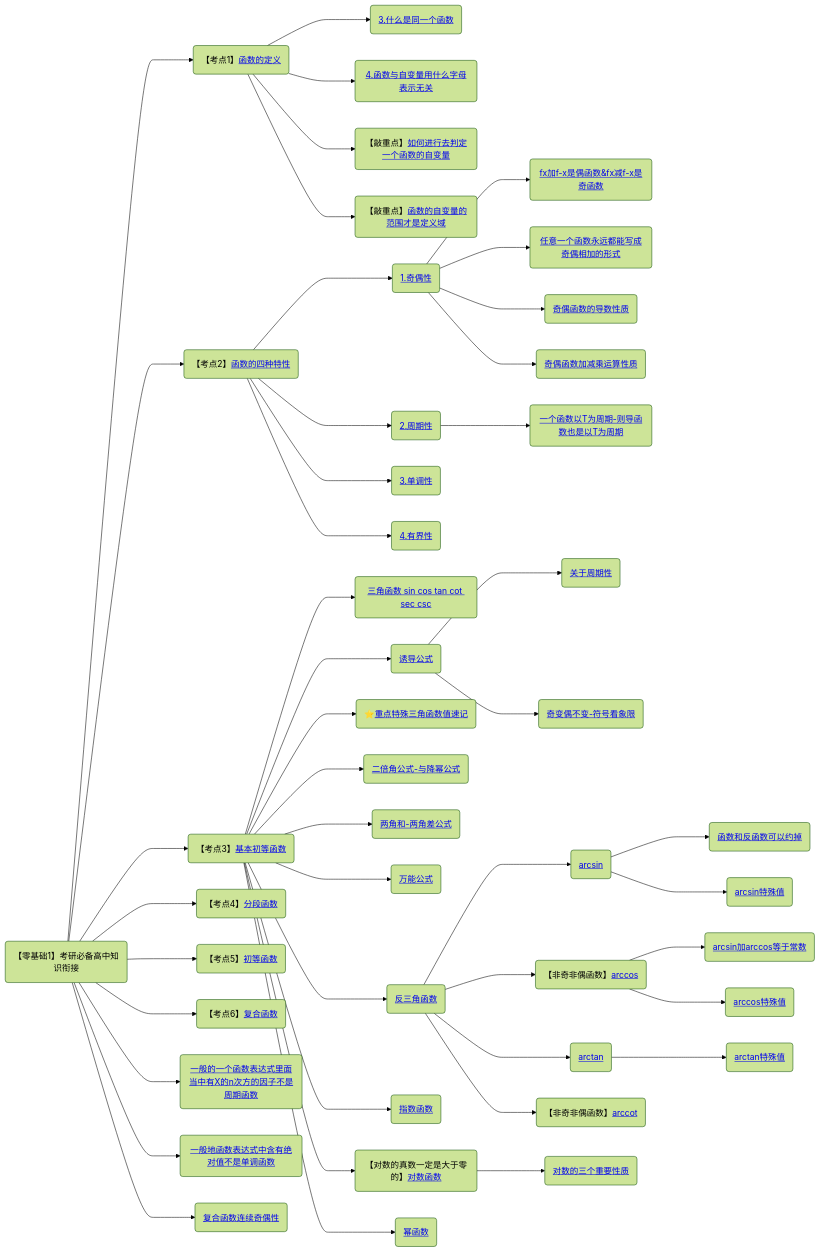
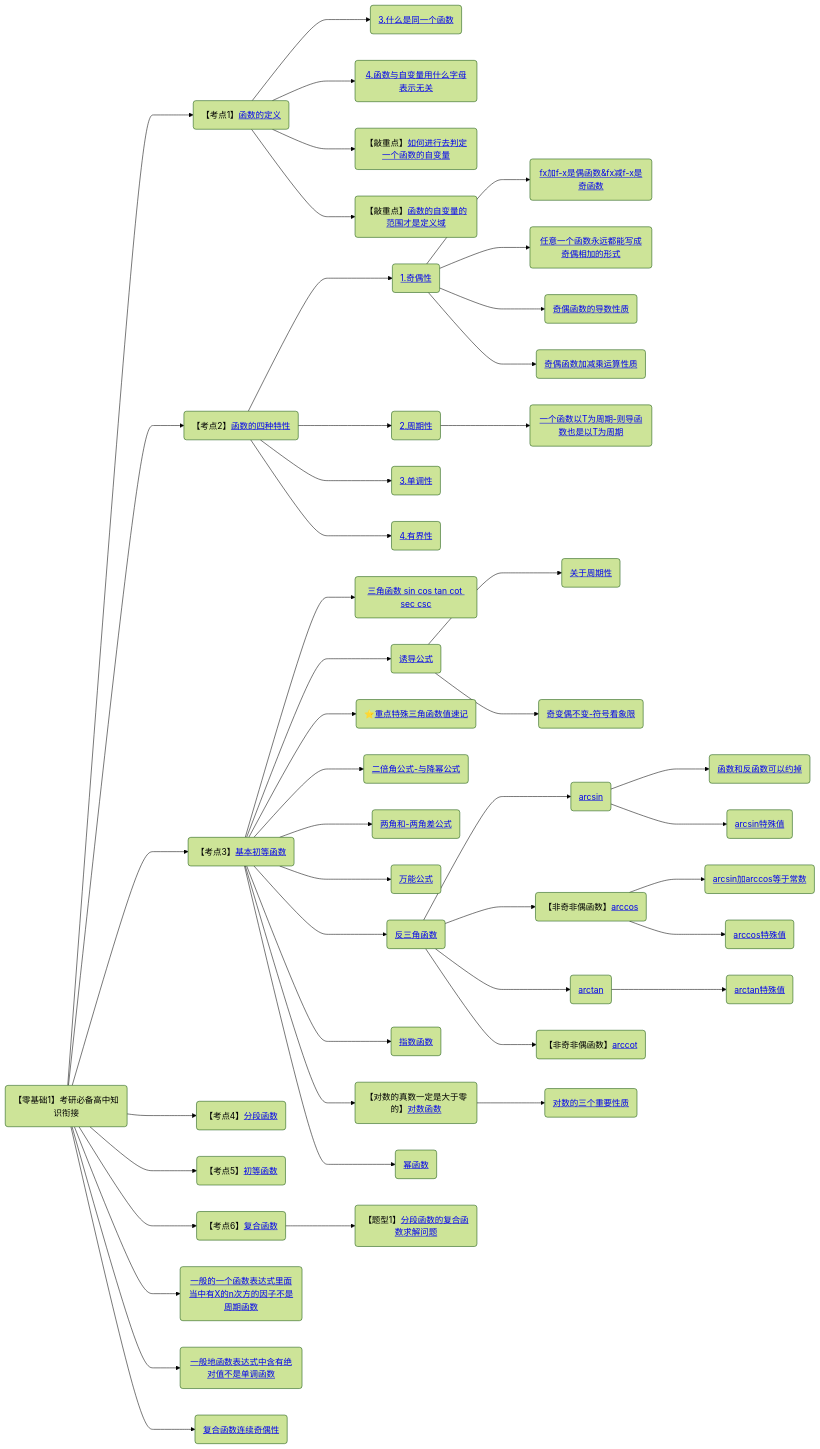
The second of 11 diagrams in 笔记/数学/周洋鑫/00.框架.md (yuebinghui/note), drawn with Mermaid (forest theme) before and after one commit. The commit also changed 2 other files, not shown here.

Commit message:
Wed Sep 11 20:00:01 CST 2024

````diff
--- a/笔记/数学/周洋鑫/00.框架.md
+++ b/笔记/数学/周洋鑫/00.框架.md
@@ -11,72 +11,73 @@
 ```mermaid
 graph LR
 考研必备高中知识衔接(【零基础1】考研必备高中知识衔接)
 
 考研必备高中知识衔接--->函数的定义(【考点1】<a href="/Users/yuebinghui/Documents/program/github/note/笔记/数学/周洋鑫/02.零基础核心考点精讲1-1～2-1.md#函数的定义">函数的定义</>)
 函数的定义--->3.什么是同一个函数(<a href="/Users/yuebinghui/Documents/program/github/note/笔记/数学/周洋鑫/02.零基础核心考点精讲1-1～2-1.md#3.什么是同一个函数">3.什么是同一个函数</>)
 函数的定义--->4.函数与自变量用什么字母表示无关(<a href="/Users/yuebinghui/Documents/program/github/note/笔记/数学/周洋鑫/02.零基础核心考点精讲1-1～2-1.md#4.函数与自变量用什么字母表示无关">4.函数与自变量用什么字母表示无关</>)
 函数的定义--->如何进行去判定一个函数的自变量(【敲重点】<a href="/Users/yuebinghui/Documents/program/github/note/笔记/数学/周洋鑫/02.零基础核心考点精讲1-1～2-1.md#如何进行去判定一个函数的自变量">如何进行去判定一个函数的自变量</>)
 函数的定义--->函数的自变量的范围才是定义域(【敲重点】<a href="/Users/yuebinghui/Documents/program/github/note/笔记/数学/周洋鑫/02.零基础核心考点精讲1-1～2-1.md#函数的自变量的范围才是定义域">函数的自变量的范围才是定义域</>)
 
 考研必备高中知识衔接--->函数的四种特性(【考点2】<a href="/Users/yuebinghui/Documents/program/github/note/笔记/数学/周洋鑫/02.零基础核心考点精讲1-1～2-1.md#函数的四种特性">函数的四种特性</>)
 函数的四种特性--->1.奇偶性(<a href="/Users/yuebinghui/Documents/program/github/note/笔记/数学/周洋鑫/02.零基础核心考点精讲1-1～2-1.md#1.奇偶性">1.奇偶性</>)
 1.奇偶性--->fx加f-x是偶函数&fx减f-x是奇函数(<a href="/Users/yuebinghui/Documents/program/github/note/笔记/数学/周洋鑫/02.零基础核心考点精讲1-1～2-1.md#fx加f-x是偶函数&fx减f-x是奇函数">fx加f-x是偶函数&fx减f-x是奇函数</>)
 1.奇偶性--->任意一个函数永远都能写成奇偶相加的形式(<a href="/Users/yuebinghui/Documents/program/github/note/笔记/数学/周洋鑫/02.零基础核心考点精讲1-1～2-1.md#任意一个函数永远都能写成奇偶相加的形式">任意一个函数永远都能写成奇偶相加的形式</>)
 1.奇偶性--->奇偶函数的导数性质(<a href="/Users/yuebinghui/Documents/program/github/note/笔记/数学/周洋鑫/02.零基础核心考点精讲1-1～2-1.md#奇偶函数的导数性质">奇偶函数的导数性质</>)
 1.奇偶性--->奇偶函数加减乘运算性质(<a href="/Users/yuebinghui/Documents/program/github/note/笔记/数学/周洋鑫/02.零基础核心考点精讲1-1～2-1.md#奇偶函数加减乘运算性质">奇偶函数加减乘运算性质</>)
 函数的四种特性--->2.周期性(<a href="/Users/yuebinghui/Documents/program/github/note/笔记/数学/周洋鑫/02.零基础核心考点精讲1-1～2-1.md#2.周期性 ">2.周期性 </>)
 2.周期性--->一个函数以T为周期-则导函数也是以T为周期(<a href="/Users/yuebinghui/Documents/program/github/note/笔记/数学/周洋鑫/02.零基础核心考点精讲1-1～2-1.md#一个函数以T为周期-则导函数也是以T为周期">一个函数以T为周期-则导函数也是以T为周期</>)
 函数的四种特性--->3.单调性(<a href="/Users/yuebinghui/Documents/program/github/note/笔记/数学/周洋鑫/02.零基础核心考点精讲1-1～2-1.md#3.单调性">3.单调性</>)
 函数的四种特性--->4.有界性(<a href="/Users/yuebinghui/Documents/program/github/note/笔记/数学/周洋鑫/02.零基础核心考点精讲1-1～2-1.md#4.有界性">4.有界性</>)
 
 
 
 考研必备高中知识衔接--->基本初等函数(【考点3】<a href="/Users/yuebinghui/Documents/program/github/note/笔记/数学/周洋鑫/02.零基础核心考点精讲1-1～2-1.md#基本初等函数">基本初等函数</>)
 基本初等函数--->三角函数(<a href="/Users/yuebinghui/Documents/program/github/note/笔记/数学/周洋鑫/02.零基础核心考点精讲1-1～2-1.md#三角函数">三角函数 sin cos tan cot sec csc</>)
 基本初等函数--->诱导公式(<a href="/Users/yuebinghui/Documents/program/github/note/笔记/数学/周洋鑫/02.零基础核心考点精讲1-1～2-1.md#诱导公式">诱导公式</>)
 诱导公式--->关于周期性(<a href="/Users/yuebinghui/Documents/program/github/note/笔记/数学/周洋鑫/02.零基础核心考点精讲1-1～2-1.md#关于周期性">关于周期性</>)
 诱导公式--->奇变偶不变-符号看象限(<a href="/Users/yuebinghui/Documents/program/github/note/笔记/数学/周洋鑫/02.零基础核心考点精讲1-1～2-1.md#奇变偶不变-符号看象限">奇变偶不变-符号看象限</>)
 基本初等函数--->重点特殊三角函数值速记(⭐️<a href="/Users/yuebinghui/Documents/program/github/note/笔记/数学/周洋鑫/02.零基础核心考点精讲1-1～2-1.md#重点特殊三角函数值速记">重点特殊三角函数值速记</>)
 基本初等函数--->二倍角公式-与降幂公式(<a href="/Users/yuebinghui/Documents/program/github/note/笔记/数学/周洋鑫/02.零基础核心考点精讲1-1～2-1.md#二倍角公式-与降幂公式">二倍角公式-与降幂公式</>)
 基本初等函数--->两角和-两角差公式(<a href="/Users/yuebinghui/Documents/program/github/note/笔记/数学/周洋鑫/02.零基础核心考点精讲1-1～2-1.md#两角和-两角差公式">两角和-两角差公式</>)
 基本初等函数--->万能公式(<a href="/Users/yuebinghui/Documents/program/github/note/笔记/数学/周洋鑫/02.零基础核心考点精讲1-1～2-1.md#万能公式">万能公式</>)
 基本初等函数--->反三角函数(<a href="/Users/yuebinghui/Documents/program/github/note/笔记/数学/周洋鑫/02.零基础核心考点精讲1-1～2-1.md#反三角函数">反三角函数</>)
 反三角函数--->arcsin(<a href="/Users/yuebinghui/Documents/program/github/note/笔记/数学/周洋鑫/02.零基础核心考点精讲1-1～2-1.md#arcsin">arcsin</>)
 arcsin--->函数和反函数可以约掉(<a href="/Users/yuebinghui/Documents/program/github/note/笔记/数学/周洋鑫/02.零基础核心考点精讲1-1～2-1.md#函数和反函数可以约掉">函数和反函数可以约掉</>)
 arcsin--->arcsin特殊值(<a href="/Users/yuebinghui/Documents/program/github/note/笔记/数学/周洋鑫/02.零基础核心考点精讲1-1～2-1.md#arcsin特殊值">arcsin特殊值</>)
 反三角函数--->arccos(【非奇非偶函数】<a href="/Users/yuebinghui/Documents/program/github/note/笔记/数学/周洋鑫/02.零基础核心考点精讲1-1～2-1.md#arccos">arccos</>)
 arccos--->arcsin加arccos等于常数(<a href="/Users/yuebinghui/Documents/program/github/note/笔记/数学/周洋鑫/02.零基础核心考点精讲1-1～2-1.md#arcsin加arccos等于常数">arcsin加arccos等于常数</>)
 arccos--->arccos特殊值(<a href="/Users/yuebinghui/Documents/program/github/note/笔记/数学/周洋鑫/02.零基础核心考点精讲1-1～2-1.md#arccos特殊值">arccos特殊值</>)
 反三角函数--->arctan(<a href="/Users/yuebinghui/Documents/program/github/note/笔记/数学/周洋鑫/02.零基础核心考点精讲1-1～2-1.md#arctan">arctan</>)
 arctan--->arctan特殊值(<a href="/Users/yuebinghui/Documents/program/github/note/笔记/数学/周洋鑫/02.零基础核心考点精讲1-1～2-1.md#arctan特殊值">arctan特殊值</>)
 反三角函数--->arccot(【非奇非偶函数】<a href="/Users/yuebinghui/Documents/program/github/note/笔记/数学/周洋鑫/02.零基础核心考点精讲1-1～2-1.md#arccot">arccot</>)
 
 基本初等函数--->指数函数(<a href="/Users/yuebinghui/Documents/program/github/note/笔记/数学/周洋鑫/02.零基础核心考点精讲1-1～2-1.md#指数函数">指数函数</>)
 
 基本初等函数--->对数函数(【对数的真数一定是大于零的】<a href="/Users/yuebinghui/Documents/program/github/note/笔记/数学/周洋鑫/02.零基础核心考点精讲1-1～2-1.md#对数函数">对数函数</>)
 对数函数--->对数的三个重要性质(<a href="/Users/yuebinghui/Documents/program/github/note/笔记/数学/周洋鑫/02.零基础核心考点精讲1-1～2-1.md#对数的三个重要性质">对数的三个重要性质</>)
 
 基本初等函数--->幂函数(<a href="/Users/yuebinghui/Documents/program/github/note/笔记/数学/周洋鑫/02.零基础核心考点精讲1-1～2-1.md#幂函数">幂函数</>)
 
 
 
 考研必备高中知识衔接--->分段函数(【考点4】<a href="/Users/yuebinghui/Documents/program/github/note/笔记/数学/周洋鑫/03.零基础核心考点精讲2-2～3-1.md#分段函数">分段函数</>)
 
 
 
 考研必备高中知识衔接--->初等函数(【考点5】<a href="/Users/yuebinghui/Documents/program/github/note/笔记/数学/周洋鑫/03.零基础核心考点精讲2-2～3-1.md#初等函数">初等函数</>)
 
 
 考研必备高中知识衔接--->复合函数(【考点6】<a href="/Users/yuebinghui/Documents/program/github/note/笔记/数学/周洋鑫/02.零基础核心考点精讲1-1～2-1.md#复合函数">复合函数</>)
+复合函数--->分段函数的复合函数求解问题(【题型1】<a href="/Users/yuebinghui/Documents/program/github/note/笔记/数学/周洋鑫/03.零基础核心考点精讲2-2～3-1.md#分段函数的复合函数求解问题">分段函数的复合函数求解问题</>)
 
 
 
 
 
 
 考研必备高中知识衔接--->一般的一个函数表达式里面当中有X的n次方的因子不是周期函数(<a href="/Users/yuebinghui/Documents/program/github/note/笔记/数学/周洋鑫/04.零基础核心考点精讲3-2.md#一般的一个函数表达式里面当中有X的n次方的因子不是周期函数">一般的一个函数表达式里面当中有X的n次方的因子不是周期函数</>)
 考研必备高中知识衔接--->一般地函数表达式中含有绝对值不是单调函数(<a href="/Users/yuebinghui/Documents/program/github/note/笔记/数学/周洋鑫/04.零基础核心考点精讲3-2.md#一般地函数表达式中含有绝对值不是单调函数">一般地函数表达式中含有绝对值不是单调函数</>)
 考研必备高中知识衔接--->复合函数连续奇偶性(<a href="/Users/yuebinghui/Documents/program/github/note/笔记/数学/周洋鑫/05.1.零基础核心考点精讲4-2.md#复合函数连续奇偶性">复合函数连续奇偶性</>)
 
 
 ```
````
